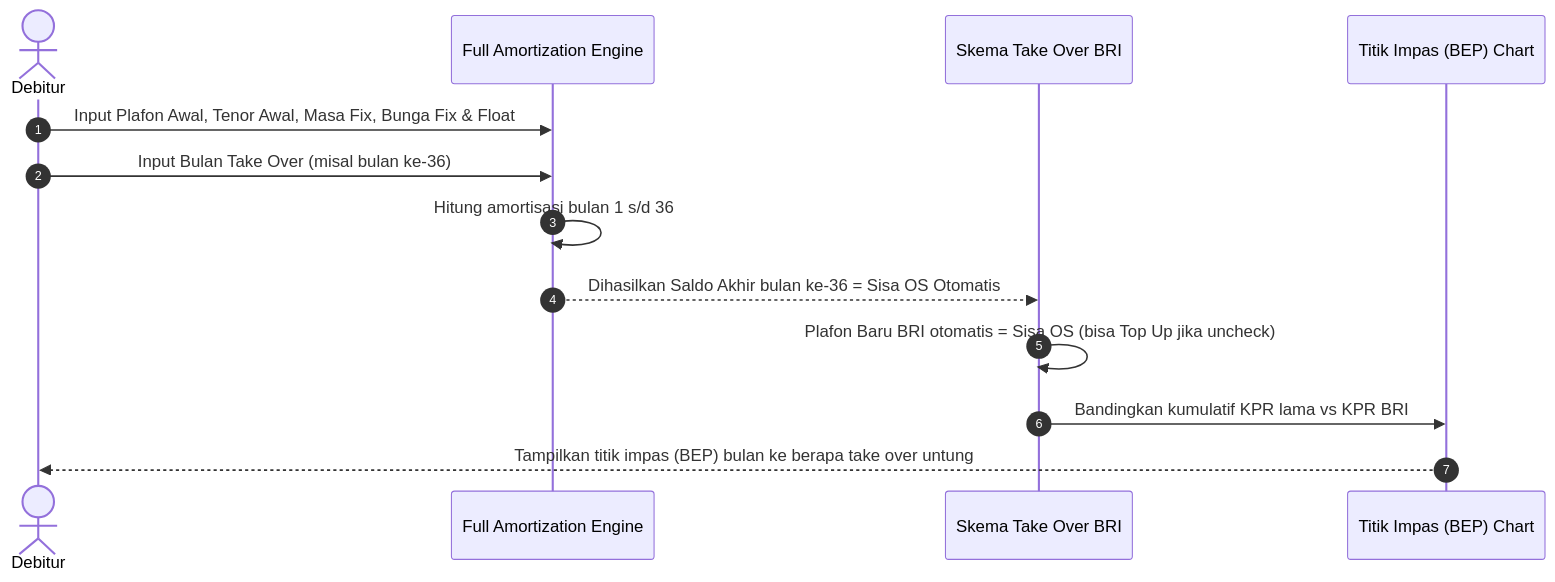
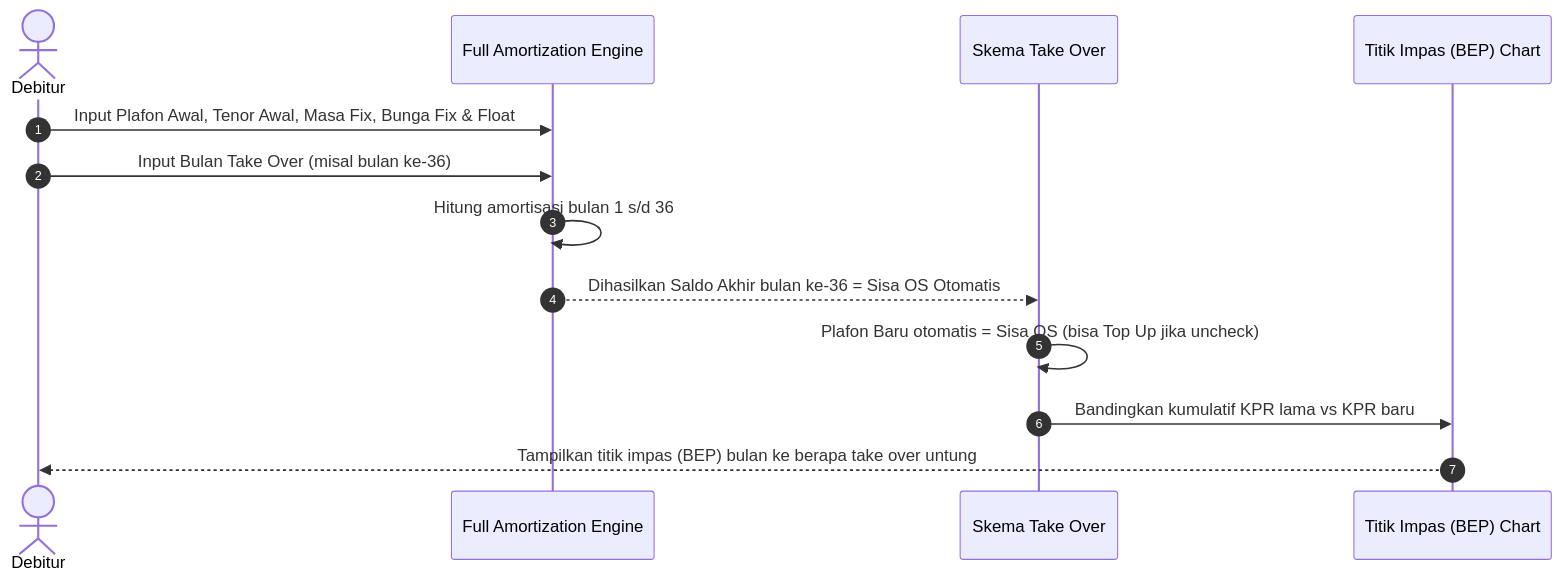
Before and after one commit to mine2710/kalkulator-kpr-debitur: the second of 4 diagrams in handoff.md, drawn with Mermaid. The commit also changed other lines of this file and 16 other files, not shown here.

````diff
--- a/handoff.md
+++ b/handoff.md
@@ -238,16 +238,16 @@
 ```mermaid
 sequenceDiagram
     autonumber
     actor Debitur
     participant Engine as Full Amortization Engine
-    participant BRI as Skema Take Over BRI
+    participant BANK as Skema Take Over
     participant BEP as Titik Impas (BEP) Chart
 
     Debitur->>Engine: Input Plafon Awal, Tenor Awal, Masa Fix, Bunga Fix & Float
     Debitur->>Engine: Input Bulan Take Over (misal bulan ke-36)
     Engine->>Engine: Hitung amortisasi bulan 1 s/d 36
-    Engine-->>BRI: Dihasilkan Saldo Akhir bulan ke-36 = Sisa OS Otomatis
-    BRI->>BRI: Plafon Baru BRI otomatis = Sisa OS (bisa Top Up jika uncheck)
-    BRI->>BEP: Bandingkan kumulatif KPR lama vs KPR BRI
+    Engine-->>BANK: Dihasilkan Saldo Akhir bulan ke-36 = Sisa OS Otomatis
+    BANK->>BANK: Plafon Baru otomatis = Sisa OS (bisa Top Up jika uncheck)
+    BANK->>BEP: Bandingkan kumulatif KPR lama vs KPR baru
     BEP-->>Debitur: Tampilkan titik impas (BEP) bulan ke berapa take over untung
 ```
````
